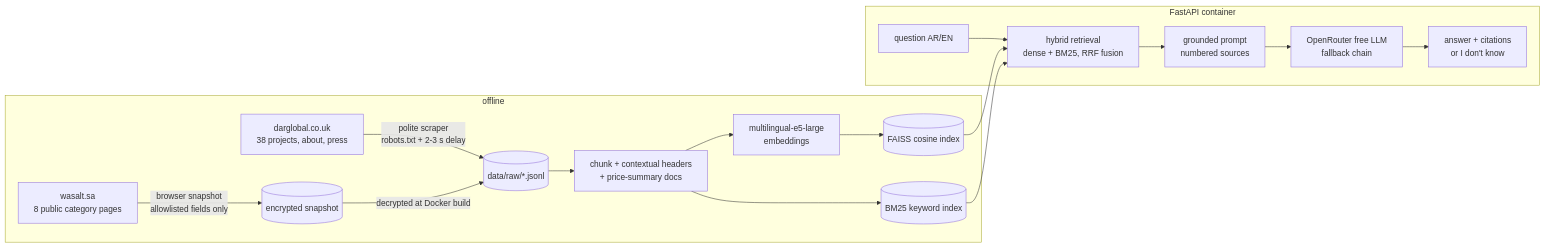
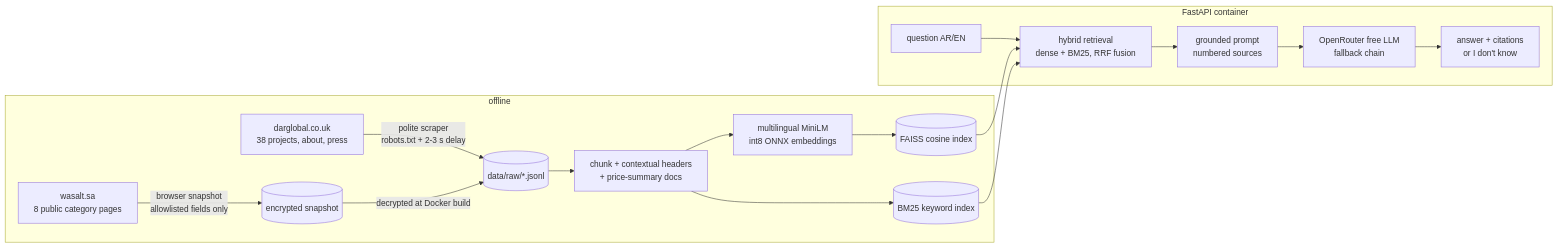
Before and after one commit to waleedbar/darglobal-rag-chatbot: the diagram in README.md, drawn with Mermaid. The commit also changed other lines of this file and 1 other file, not shown here.

````diff
--- a/README.md
+++ b/README.md
@@ -13,20 +13,20 @@
 ```mermaid
 flowchart LR
   subgraph Ingestion [offline]
     A[darglobal.co.uk<br/>38 projects, about, press] -->|polite scraper<br/>robots.txt + 2-3 s delay| R[(data/raw/*.jsonl)]
     B[wasalt.sa<br/>8 public category pages] -->|browser snapshot<br/>allowlisted fields only| E[(encrypted snapshot)]
     E -->|decrypted at Docker build| R
     R --> C[chunk + contextual headers<br/>+ price-summary docs]
-    C --> V[multilingual-e5-large<br/>embeddings]
+    C --> V[multilingual MiniLM<br/>int8 ONNX embeddings]
     V --> F[(FAISS cosine index)]
     C --> K[(BM25 keyword index)]
   end
   subgraph Serving [FastAPI container]
     Q[question AR/EN] --> H[hybrid retrieval<br/>dense + BM25, RRF fusion]
     F --> H
     K --> H
     H --> P[grounded prompt<br/>numbered sources]
     P --> L[OpenRouter free LLM<br/>fallback chain]
     L --> O[answer + citations<br/>or I don't know]
   end
 ```
````
